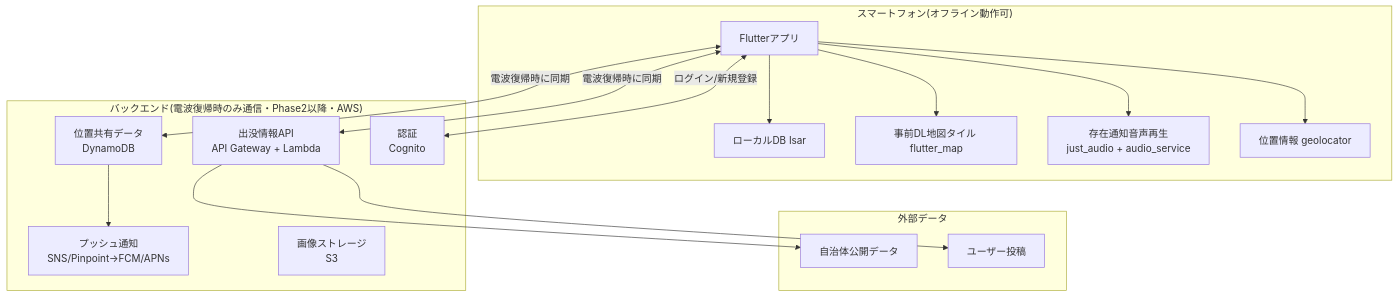
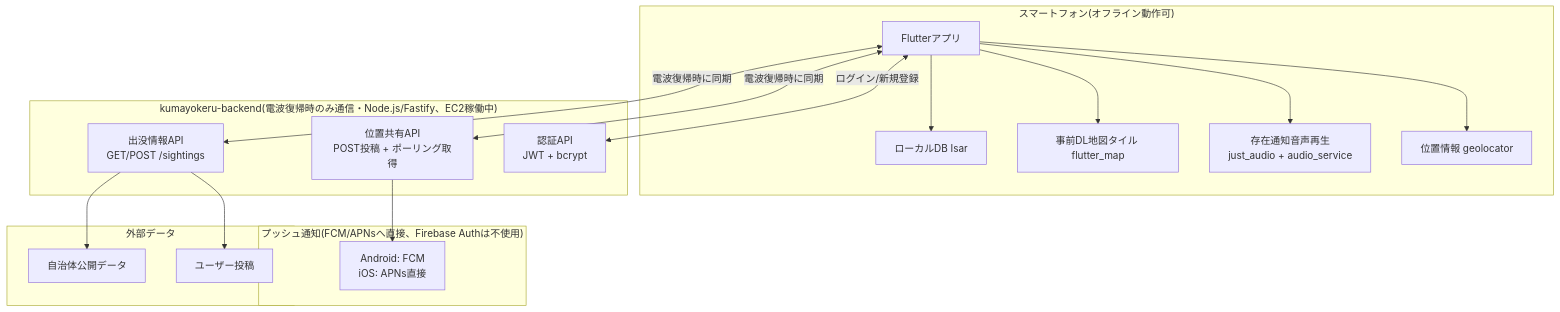
One commit to nakayu206/kumayokeru-app changed the first of 3 diagrams in docs/全体設計書.md. Above: the diagram before and after it, drawn with Mermaid. The commit also changed other lines of this file and 15 other files, not shown here.

First line of the commit message:
Connect to kumayokeru-backend and finalize backend architecture (#19)

````diff
--- a/docs/全体設計書.md
+++ b/docs/全体設計書.md
@@ -180,30 +184,32 @@
 ```mermaid
 flowchart TB
     subgraph Device["スマートフォン(オフライン動作可)"]
         A[Flutterアプリ]
         A --> B[ローカルDB Isar]
         A --> C[事前DL地図タイル flutter_map]
         A --> D[存在通知音声再生<br/>just_audio + audio_service]
         A --> E[位置情報 geolocator]
     end
 
-    subgraph Backend["バックエンド(電波復帰時のみ通信・Phase2以降・AWS)"]
-        F[出没情報API<br/>API Gateway + Lambda]
-        G[位置共有データ<br/>DynamoDB]
-        H[プッシュ通知<br/>SNS/Pinpoint→FCM/APNs]
-        I[認証<br/>Cognito]
-        J[画像ストレージ<br/>S3]
+    subgraph Backend["kumayokeru-backend(電波復帰時のみ通信・Node.js/Fastify、EC2稼働中)"]
+        F[出没情報API<br/>GET/POST /sightings]
+        G[位置共有API<br/>POST投稿 + ポーリング取得]
+        I[認証API<br/>JWT + bcrypt]
+    end
+
+    subgraph Push["プッシュ通知(FCM/APNsへ直接、Firebase Authは不使用)"]
+        H[Android: FCM<br/>iOS: APNs直接]
     end
 
     subgraph External["外部データ"]
         K[自治体公開データ]
         L[ユーザー投稿]
     end
 
     A <-->|電波復帰時に同期| F
     A <-->|電波復帰時に同期| G
     A <-->|ログイン/新規登録| I
     F --> K
     F --> L
     G --> H
 ```
````
